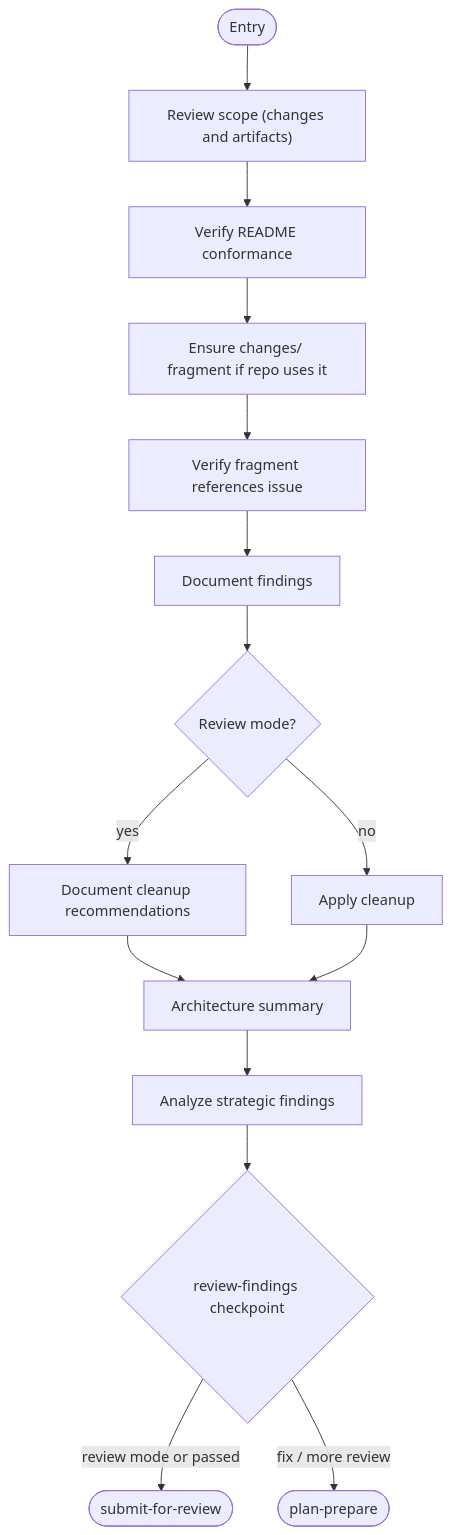
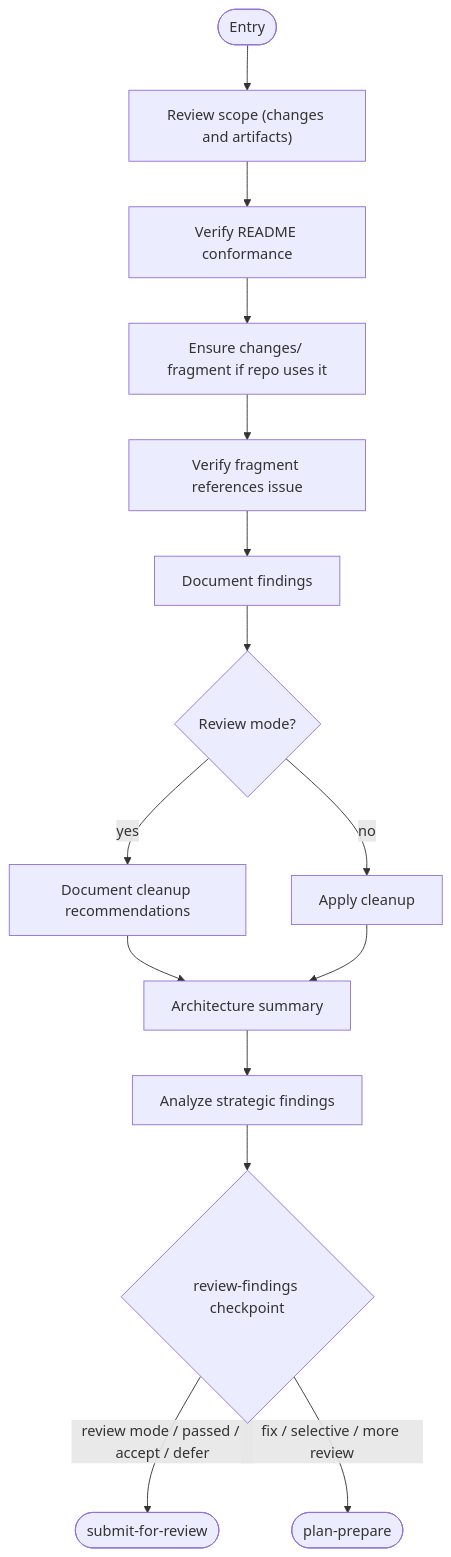
One commit to m2ux/workflow-server changed diagram 13 of 15 in work-package/activities/README.md. Above: the diagram before and after it, drawn with Mermaid. The commit also changed 3 other files, not shown here.

````diff
--- a/work-package/activities/README.md
+++ b/work-package/activities/README.md
@@ -384,17 +384,17 @@
 ```mermaid
 graph TD
     entryNode(["Entry"]) --> reviewScope["Review scope (changes and artifacts)"]
     reviewScope --> verifyReadme["Verify README conformance"]
     verifyReadme --> changesFrag["Ensure changes/ fragment if repo uses it"]
     changesFrag --> verifyFragment["Verify fragment references issue"]
     verifyFragment --> documentFindings["Document findings"]
     documentFindings --> cleanupBranch{"Review mode?"}
     cleanupBranch -->|"yes"| docCleanup["Document cleanup recommendations"]
     cleanupBranch -->|"no"| applyCleanup["Apply cleanup"]
     docCleanup --> createArchSummary
     applyCleanup --> createArchSummary["Architecture summary"]
     createArchSummary --> analyze["Analyze strategic findings"]
     analyze --> cpFindings{"review-findings checkpoint"}
-    cpFindings -->|"review mode or passed"| exitSubmit(["submit-for-review"])
-    cpFindings -->|"fix / more review"| exitPlan(["plan-prepare"])
+    cpFindings -->|"review mode / passed / accept / defer"| exitSubmit(["submit-for-review"])
+    cpFindings -->|"fix / selective / more review"| exitPlan(["plan-prepare"])
 ```
````
